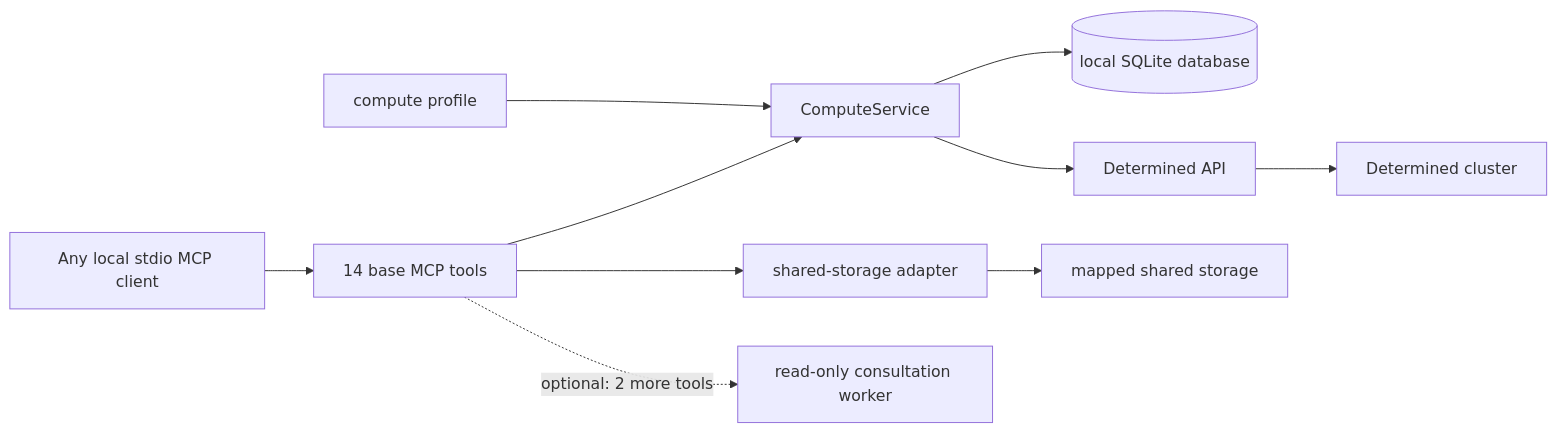
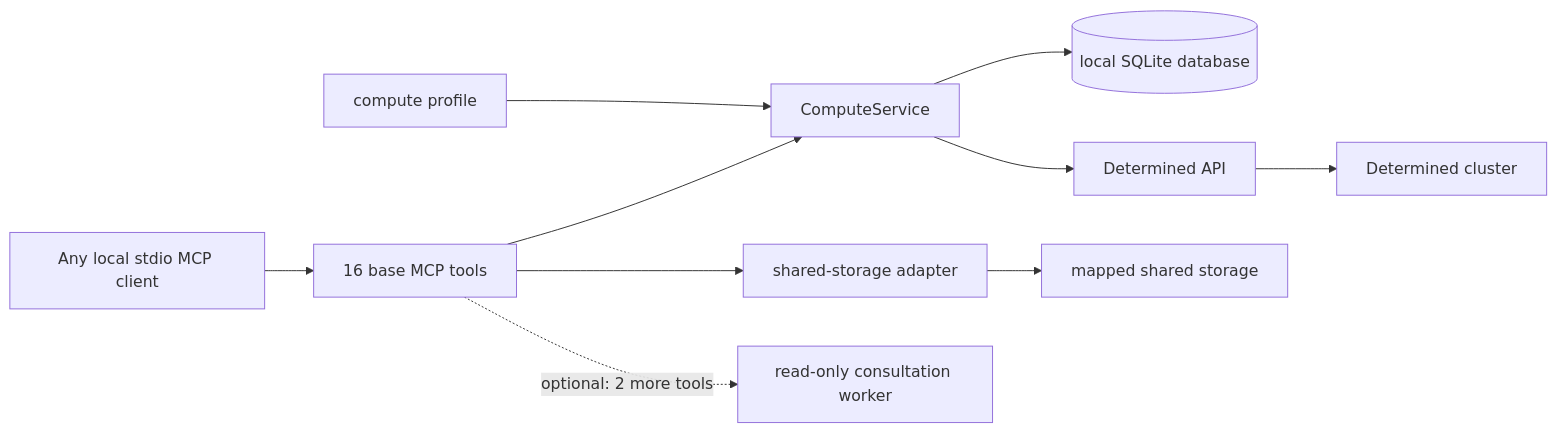
One commit to WU-CVGL/determined_cluster_mcp changed the diagram in docs/compute-service.md. Above: the diagram before and after it, drawn with Mermaid. The commit also changed other lines of this file and 9 other files, not shown here.

````diff
--- a/docs/compute-service.md
+++ b/docs/compute-service.md
@@ -12,12 +12,12 @@
 ```mermaid
 flowchart LR
-    U[Any local stdio MCP client] --> M[14 base MCP tools]
+    U[Any local stdio MCP client] --> M[16 base MCP tools]
     M --> C[ComputeService]
     C --> D[(local SQLite database)]
     C --> A[Determined API]
     A --> K[Determined cluster]
     P[compute profile] --> C
     M --> S[shared-storage adapter]
     S --> H[mapped shared storage]
     M -. optional: 2 more tools .-> W[read-only consultation worker]
 ```
````
